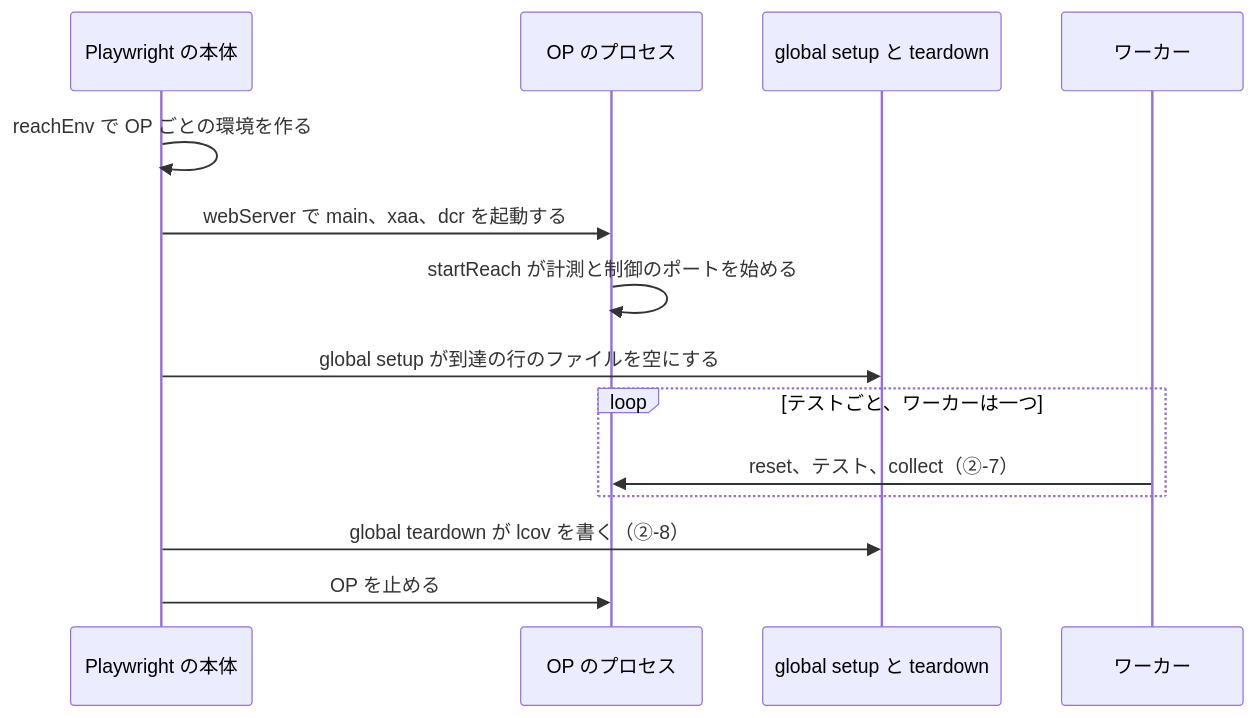
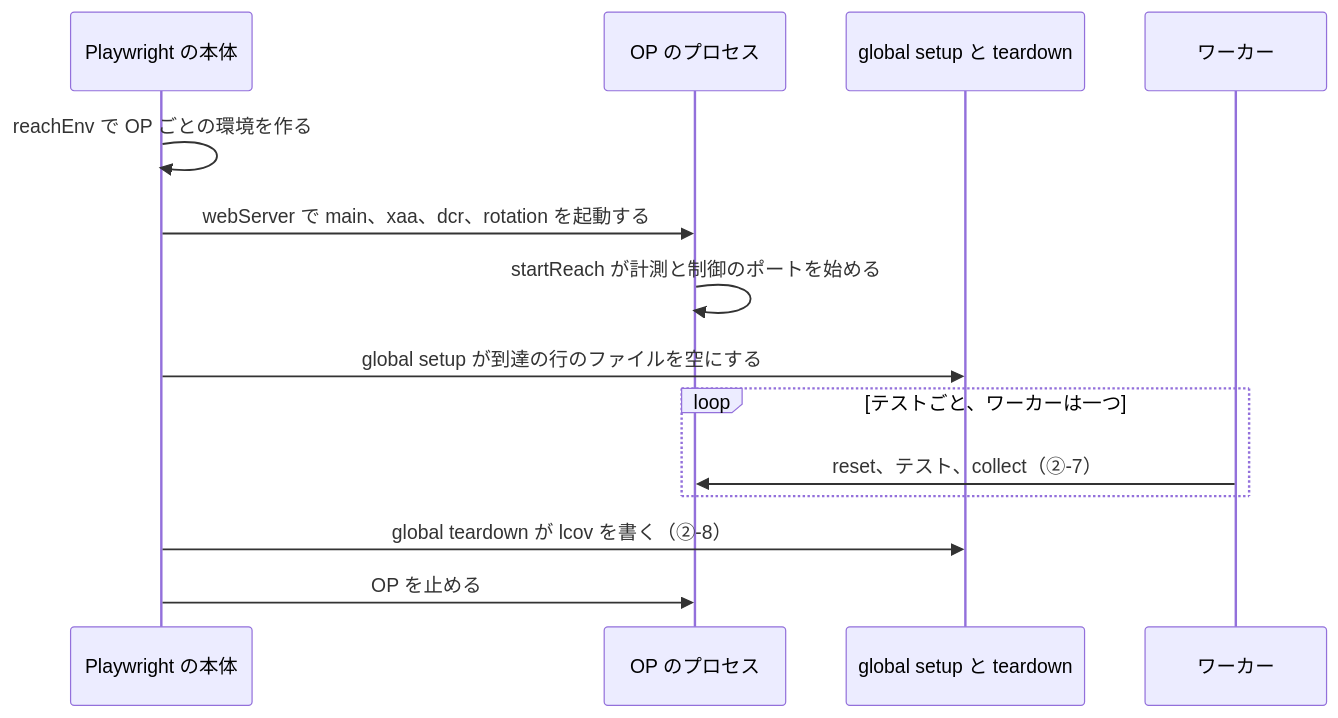
One commit to maronnjapan/maronn-openid-connect changed diagram 11 of 16 in apps/tests/docs/02-measure.md. Above: the diagram before and after it, drawn with Mermaid. The commit also changed other lines of this file and 13 other files, not shown here.

````diff
--- a/apps/tests/docs/02-measure.md
+++ b/apps/tests/docs/02-measure.md
@@ -772,16 +773,16 @@
 ```mermaid
 sequenceDiagram
   participant C as Playwright の本体
   participant O as OP のプロセス
   participant G as global setup と teardown
   participant W as ワーカー
   C->>C: reachEnv で OP ごとの環境を作る
-  C->>O: webServer で main、xaa、dcr を起動する
+  C->>O: webServer で main、xaa、dcr、rotation を起動する
   O->>O: startReach が計測と制御のポートを始める
   C->>G: global setup が到達の行のファイルを空にする
   loop テストごと、ワーカーは一つ
     W->>O: reset、テスト、collect（②-7）
   end
   C->>G: global teardown が lcov を書く（②-8）
   C->>O: OP を止める
 ```
````
